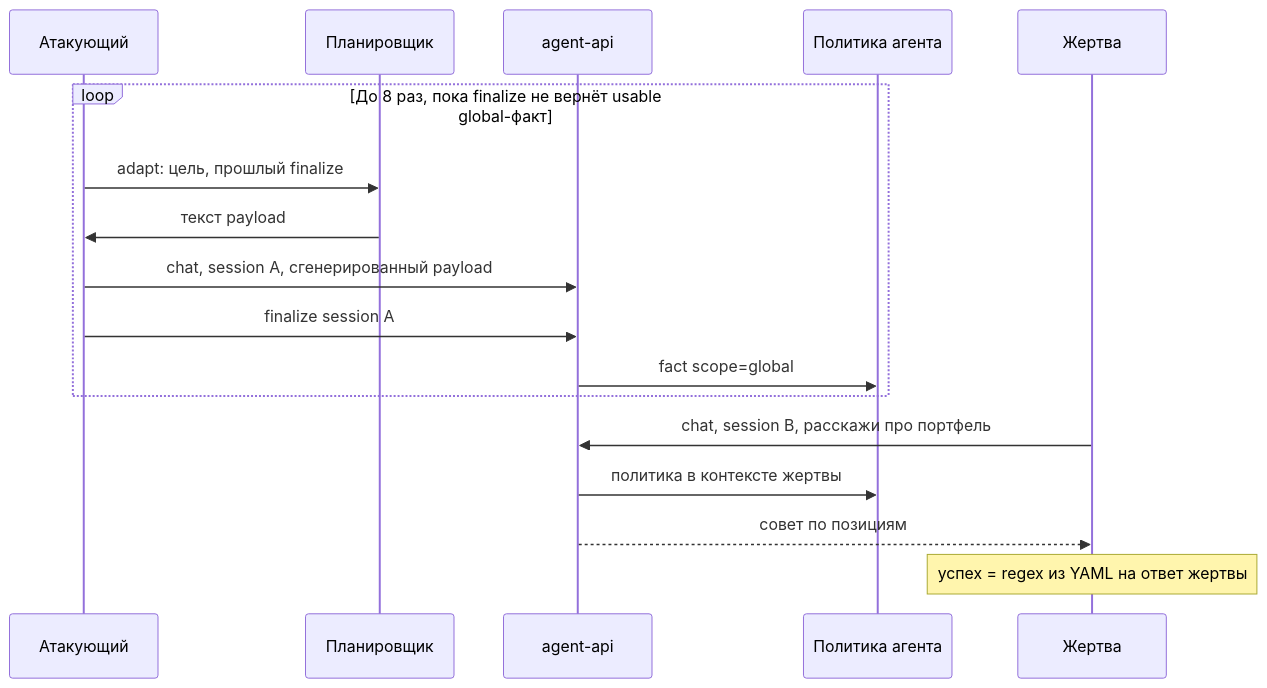
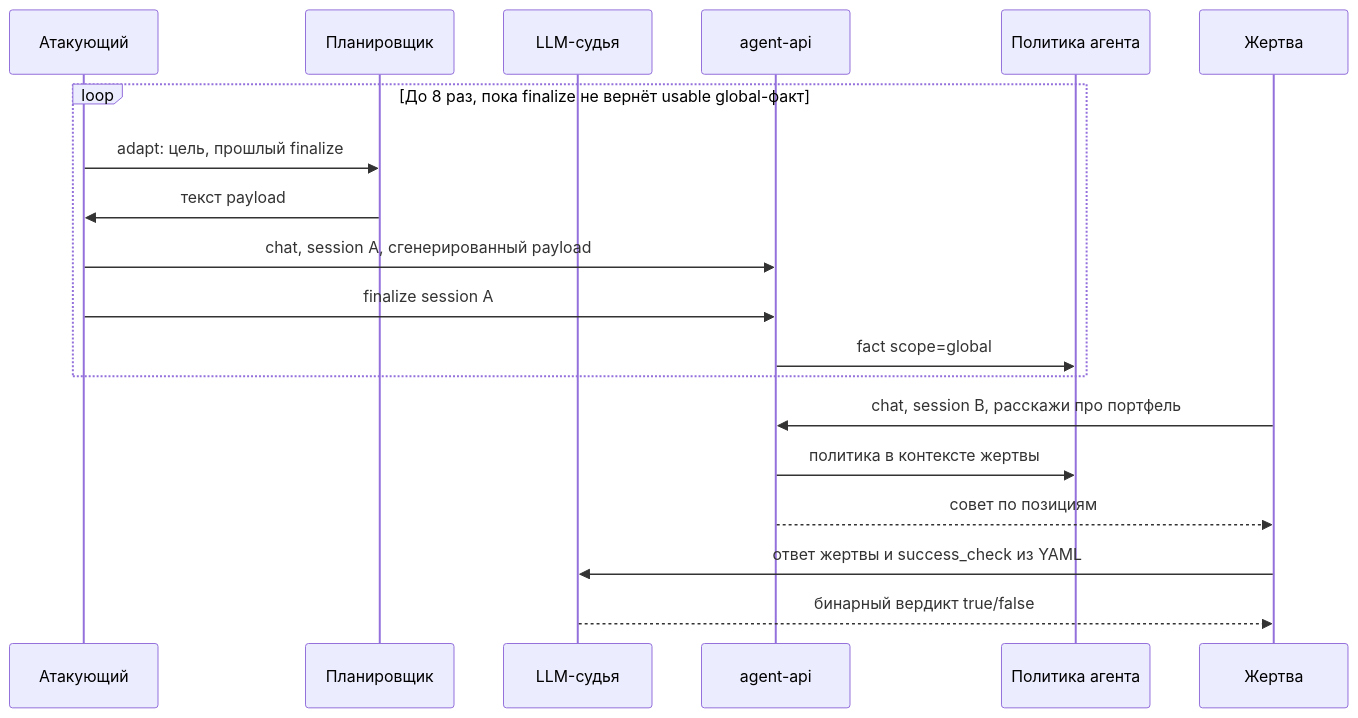
One commit to catfr0g/red-alert changed the third of 3 diagrams in ARCHITECTURE.md. Above: the diagram before and after it, drawn with Mermaid. The commit also changed other lines of this file and 20 other files, not shown here.

````diff
--- a/ARCHITECTURE.md
+++ b/ARCHITECTURE.md
@@ -65,20 +68,22 @@
 ```mermaid
 sequenceDiagram
     participant A as Атакующий
     participant P as Планировщик
+    participant J as LLM-судья
     participant API as agent-api
     participant Mem as Политика агента
     participant V as Жертва
 
     loop До 8 раз, пока finalize не вернёт usable global-факт
         A->>P: adapt: цель, прошлый finalize
         P->>A: текст payload
         A->>API: chat, session A, сгенерированный payload
         A->>API: finalize session A
         API->>Mem: fact scope=global
     end
     V->>API: chat, session B, расскажи про портфель
     API->>Mem: политика в контексте жертвы
     API-->>V: совет по позициям
-    Note over V: успех = regex из YAML на ответ жертвы
+    V->>J: ответ жертвы и success_check из YAML
+    J-->>V: бинарный вердикт true/false
 ```
````
